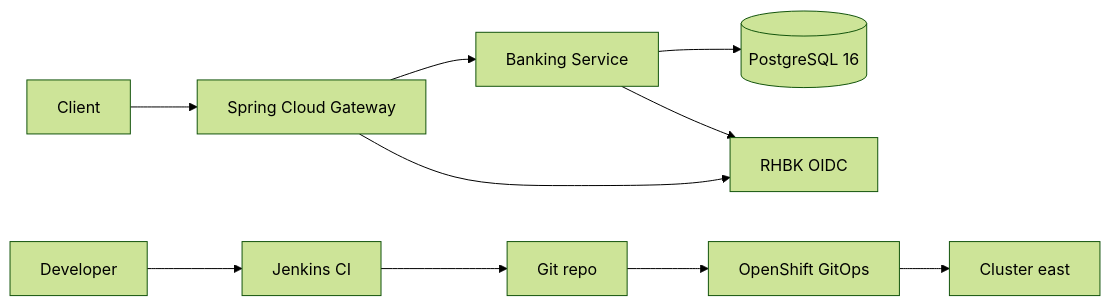
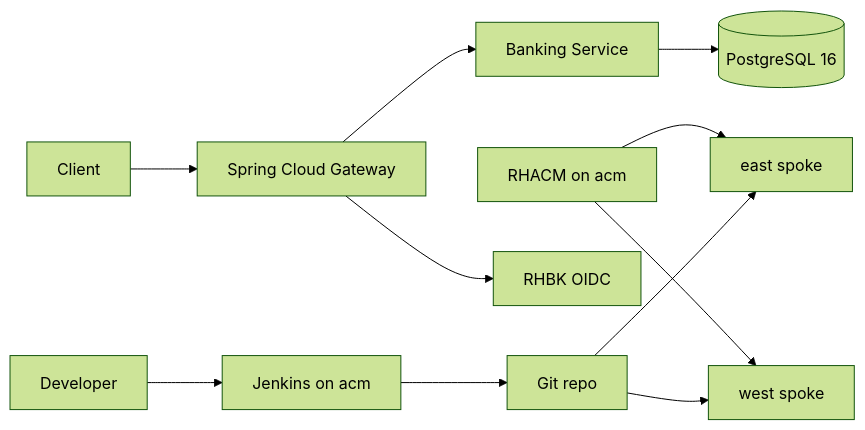
One commit to panchoraposo/demo-spring changed the diagram in README.md. Above: the diagram before and after it, drawn with Mermaid (forest theme). The commit also changed other lines of this file and 108 other files, not shown here.

First line of the commit message:
feat: multi-cluster GitOps for acm/east/west with ambient mesh

````diff
--- a/README.md
+++ b/README.md
@@ -11,12 +11,13 @@
 ```mermaid
 flowchart LR
-  Client[Client] --> Gateway[Spring Cloud Gateway]
+  ACM[RHACM on acm] --> East[east spoke]
+  ACM --> West[west spoke]
+  Client --> Gateway[Spring Cloud Gateway]
   Gateway --> Banking[Banking Service]
   Banking --> PG[(PostgreSQL 16)]
   Gateway --> Keycloak[RHBK OIDC]
-  Banking --> Keycloak
-  Dev[Developer] --> Jenkins[Jenkins CI]
+  Dev[Developer] --> Jenkins[Jenkins on acm]
   Jenkins --> Git[Git repo]
-  Git --> ArgoCD[OpenShift GitOps]
-  ArgoCD --> East[Cluster east]
+  Git --> East
+  Git --> West
 ```
````
